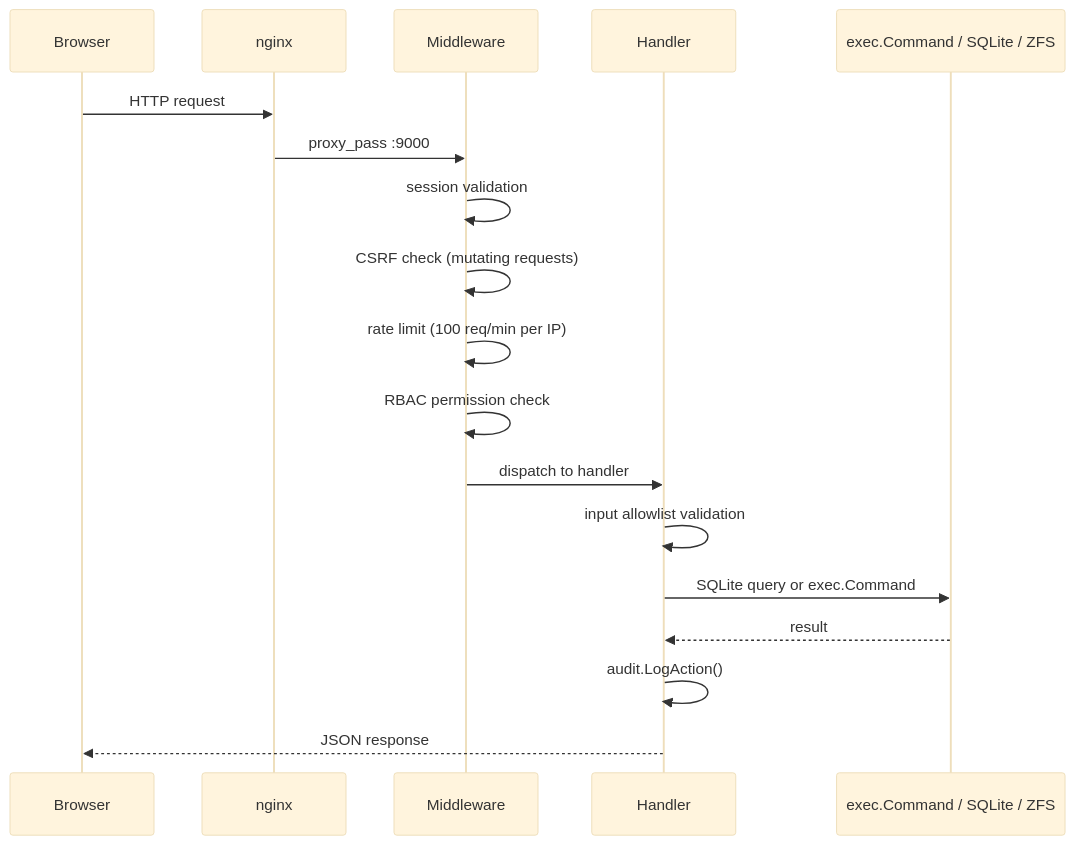
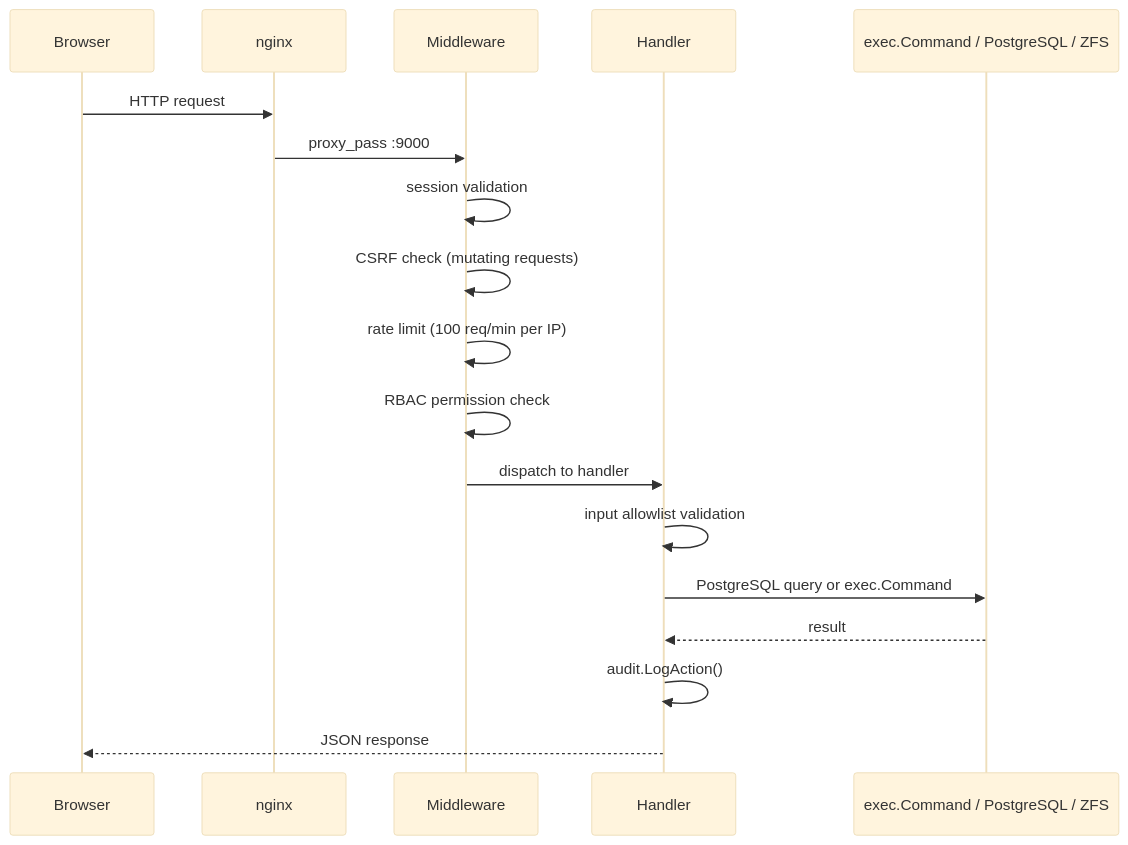
Before and after one commit to 4nonX/DPlaneOS: the third of 6 diagrams in docs/development/CODEBASE-DIAGRAM.md, drawn with Mermaid. The commit also changed other lines of this file and 17 other files, not shown here.

Commit message:
docs: complete PostgreSQL migration documentation and refactor infra

````diff
--- a/docs/development/CODEBASE-DIAGRAM.md
+++ b/docs/development/CODEBASE-DIAGRAM.md
@@ -81,22 +81,22 @@
 ```mermaid
 %%{init: {'theme':'base'}}%%
 sequenceDiagram
     participant B as Browser
     participant N as nginx
     participant M as Middleware
     participant H as Handler
-    participant C as exec.Command / SQLite / ZFS
+    participant C as exec.Command / PostgreSQL / ZFS
 
     B->>N: HTTP request
     N->>M: proxy_pass :9000
     M->>M: session validation
     M->>M: CSRF check (mutating requests)
     M->>M: rate limit (100 req/min per IP)
     M->>M: RBAC permission check
     M->>H: dispatch to handler
     H->>H: input allowlist validation
-    H->>C: SQLite query or exec.Command
+    H->>C: PostgreSQL query or exec.Command
     C-->>H: result
     H->>H: audit.LogAction()
     H-->>B: JSON response
 ```
````
